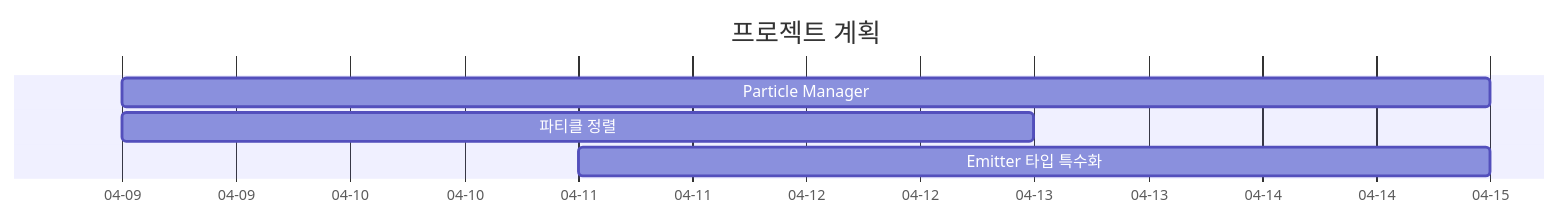
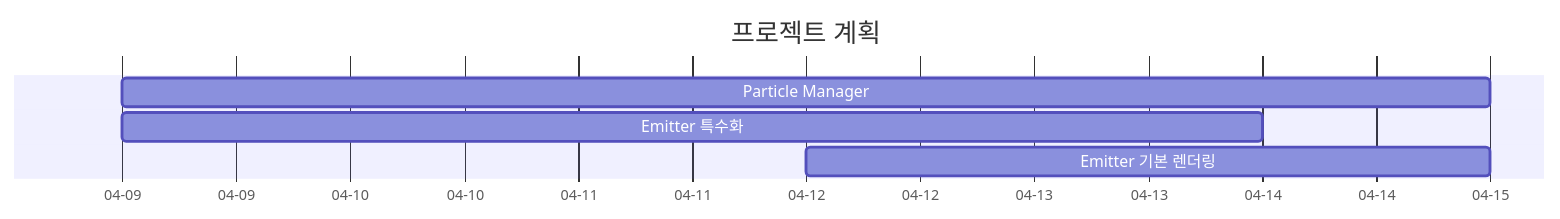
The diagram in ProjectA/Weekly/Weekly(1).md (jooyounghan/ProjectA), drawn with Mermaid before and after one commit. The commit also changed other lines of this file and 22 other files, not shown here.

````diff
--- a/ProjectA/Weekly/Weekly(1).md
+++ b/ProjectA/Weekly/Weekly(1).md
@@ -21,10 +21,10 @@
 ```mermaid
 gantt
 	dateFormat YYYY-MM-DD
 	title 프로젝트 계획
 	dateFormat MM-DD
 	axisFormat %m-%d
     Particle Manager :a, 04-09, 04-15
-    파티클 정렬 :b, 04-09, 04-13
-    Emitter 타입 특수화 :c, 04-11, 04-15
+    Emitter 특수화 :b, 04-09, 04-14
+    Emitter 기본 렌더링 :c, 04-12, 04-15
 ```
````
